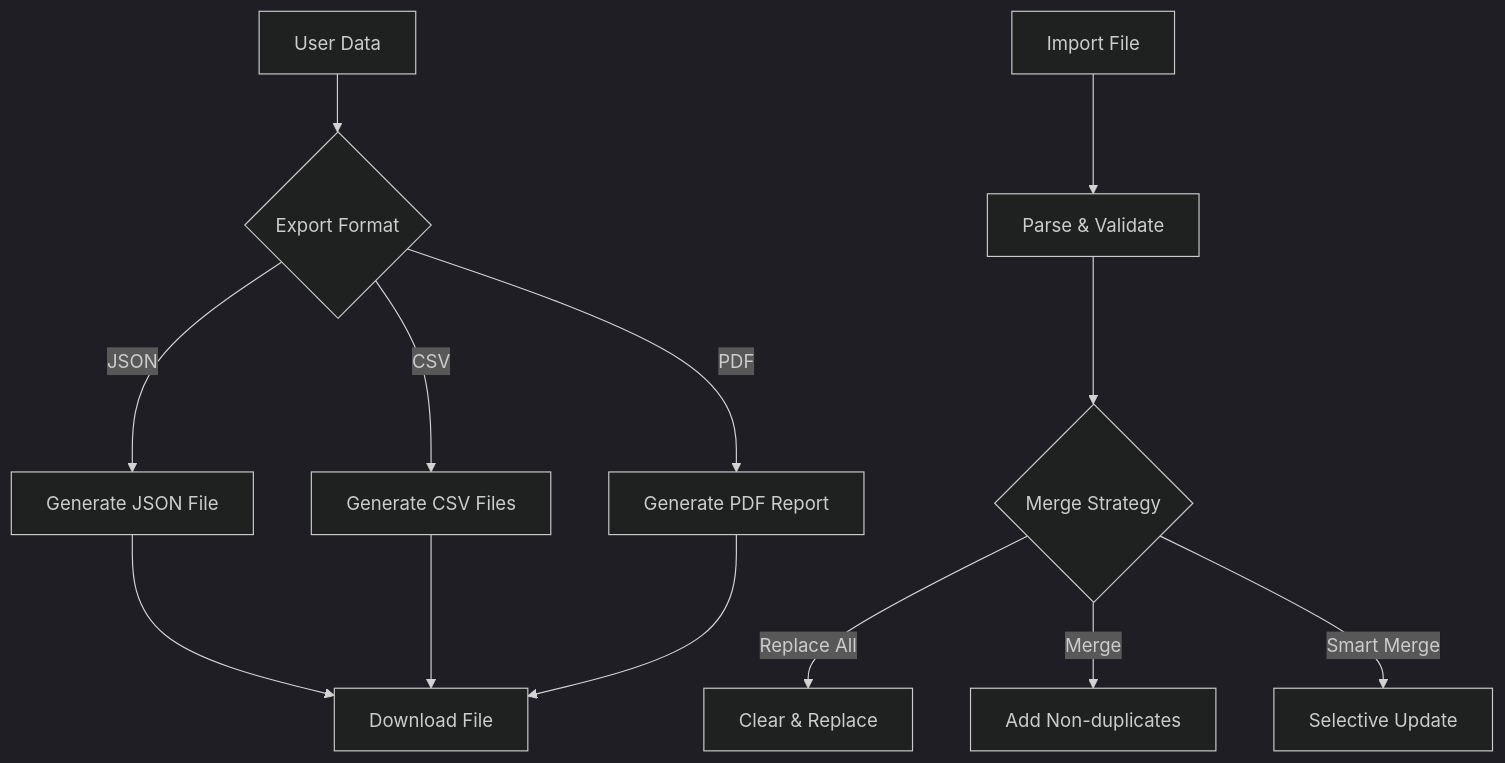
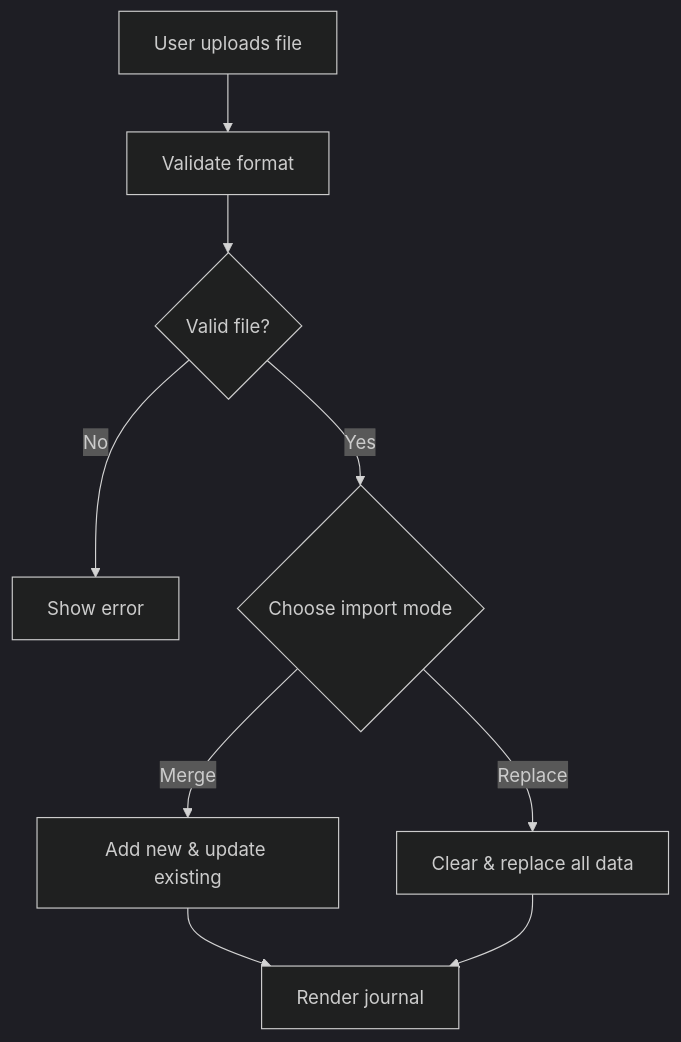
Before and after one commit to klauseduard/minirakendused: the third of 3 diagrams in garden_journal_plan.md, drawn with Mermaid (dark theme). The commit also changed other lines of this file and 1 other file, not shown here.

Commit message:
Update garden journal plan with import/export details and improve navigation bar layout

````diff
--- a/garden_journal_plan.md
+++ b/garden_journal_plan.md
@@ -225,17 +114,11 @@
 ```mermaid
 flowchart TD
-    A[User Data] --> B{Export Format}
-    B -->|JSON| C[Generate JSON File]
-    B -->|CSV| D[Generate CSV Files]
-    B -->|PDF| E[Generate PDF Report]
-    
-    C --> F[Download File]
-    D --> F
-    E --> F
-    
-    G[Import File] --> H[Parse & Validate]
-    H --> I{Merge Strategy}
-    I -->|Replace All| J[Clear & Replace]
-    I -->|Merge| K[Add Non-duplicates]
-    I -->|Smart Merge| L[Selective Update]
+    A[User uploads file] --> B[Validate format]
+    B --> C{Valid file?}
+    C -->|No| D[Show error]
+    C -->|Yes| E{Choose import mode}
+    E -->|Merge| F[Add new & update existing]
+    E -->|Replace| G[Clear & replace all data]
+    F --> H[Render journal]
+    G --> H
 ```
````
